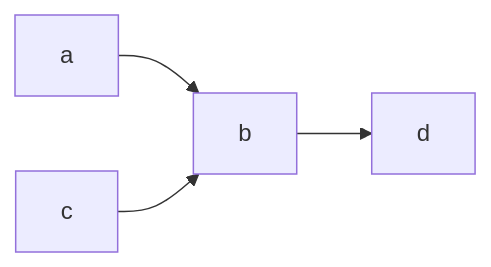
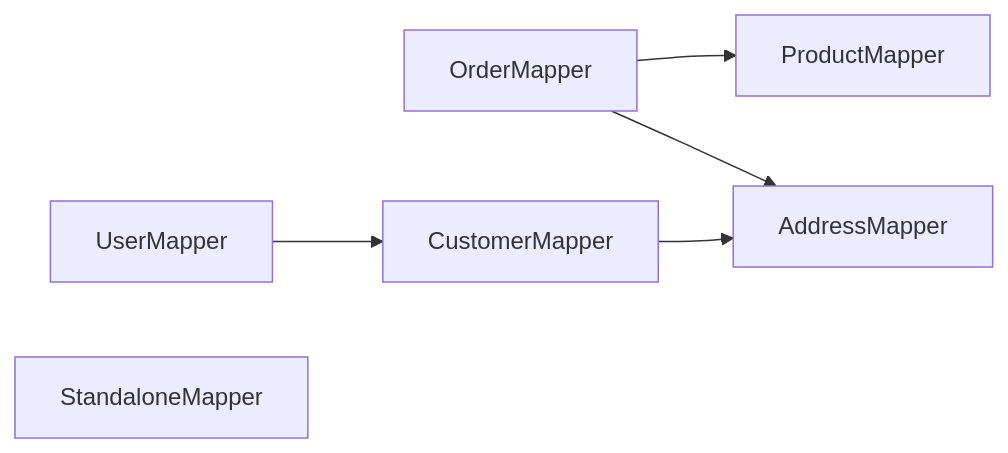
The diagram in docs/_media/diagrams/test-mappers.md (FullOvellas/j2mmd), drawn with Mermaid before and after one commit.

````diff
--- a/docs/_media/diagrams/test-mappers.md
+++ b/docs/_media/diagrams/test-mappers.md
@@ -1,6 +1,8 @@
 ```mermaid
 flowchart LR
-  a --> b
-  c --> b
-  b --> d
+OrderMapper --> ProductMapper
+OrderMapper --> AddressMapper
+UserMapper --> CustomerMapper
+CustomerMapper --> AddressMapper
+StandaloneMapper
 ```
````
